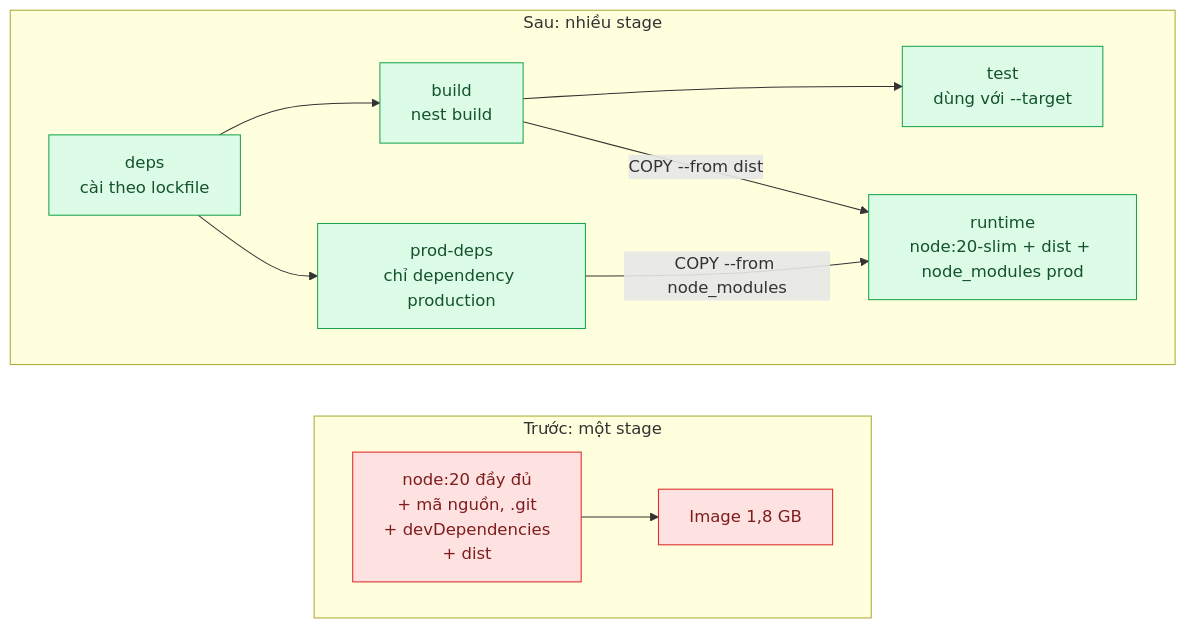
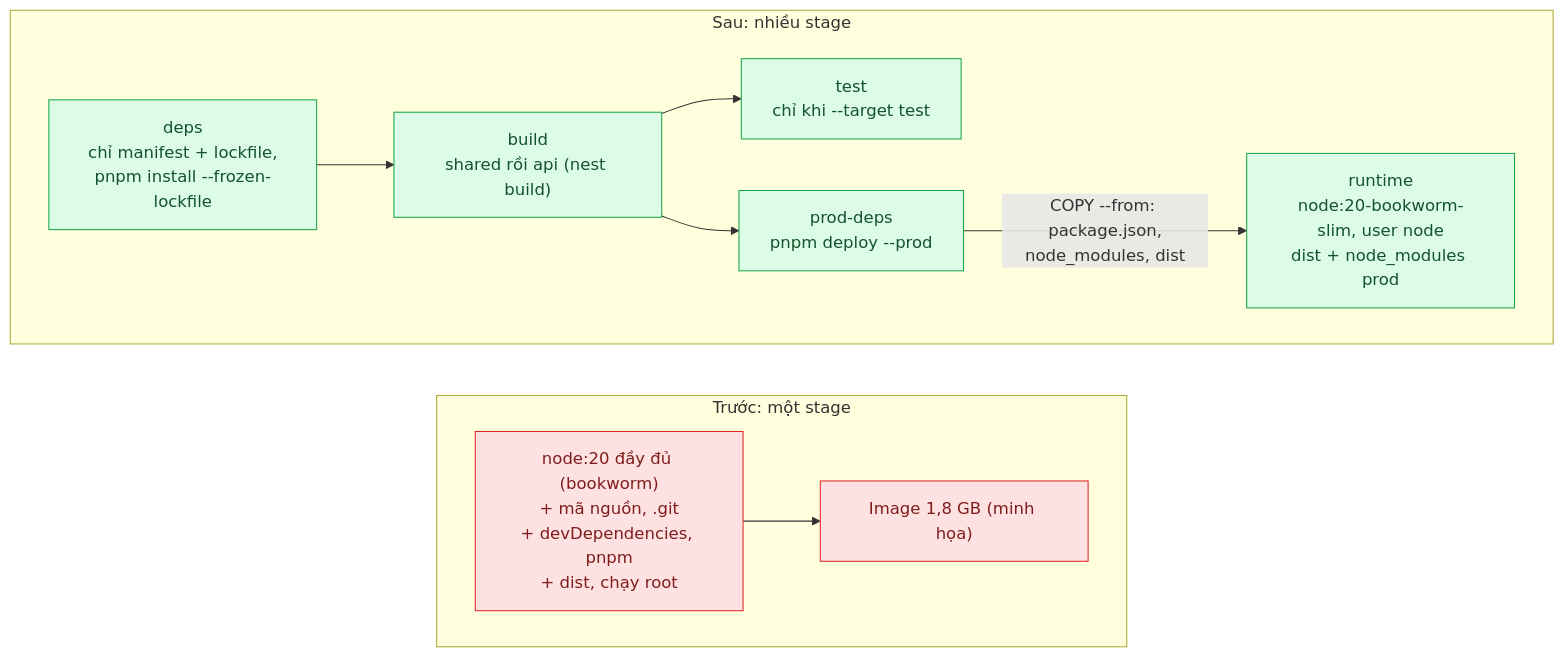
The first of 2 diagrams in 17-backend-docker/01-multi-stage-build-image-1-8gb-deploy-10-phut/README.md (nguyenquochuy2311/system-design-nestjs), drawn with Mermaid before and after one commit. The commit also changed other lines of this file and 43 other files, not shown here.

First line of the commit message:
feat(17/01): lab Multi-stage Build cho API NestJS trong monorepo pnpm, số đo thật

````diff
--- a/17-backend-docker/01-multi-stage-build-image-1-8gb-deploy-10-phut/README.md
+++ b/17-backend-docker/01-multi-stage-build-image-1-8gb-deploy-10-phut/README.md
@@ -46,26 +46,25 @@
 ```mermaid
 flowchart LR
   classDef moi fill:#DCFCE7,stroke:#16A34A,color:#14532D
   classDef cu fill:#F1F5F9,stroke:#64748B,color:#0F172A
   classDef loi fill:#FEE2E2,stroke:#DC2626,color:#7F1D1D
 
   subgraph TRUOC["Trước: một stage"]
     direction LR
-    S1["node:20 đầy đủ<br/>+ mã nguồn, .git<br/>+ devDependencies<br/>+ dist"]:::loi
-    I1["Image 1,8 GB"]:::loi
+    S1["node:20 đầy đủ (bookworm)<br/>+ mã nguồn, .git<br/>+ devDependencies, pnpm<br/>+ dist, chạy root"]:::loi
+    I1["Image 1,8 GB (minh họa)"]:::loi
     S1 --> I1
   end
 
   subgraph SAU["Sau: nhiều stage"]
     direction LR
-    D["deps<br/>cài theo lockfile"]:::moi
-    B["build<br/>nest build"]:::moi
-    T["test<br/>dùng với --target"]:::moi
-    P["prod-deps<br/>chỉ dependency production"]:::moi
-    R["runtime<br/>node:20-slim + dist + node_modules prod"]:::moi
+    D["deps<br/>chỉ manifest + lockfile,<br/>pnpm install --frozen-lockfile"]:::moi
+    B["build<br/>shared rồi api (nest build)"]:::moi
+    T["test<br/>chỉ khi --target test"]:::moi
+    P["prod-deps<br/>pnpm deploy --prod"]:::moi
+    R["runtime<br/>node:20-bookworm-slim, user node<br/>dist + node_modules prod"]:::moi
     D --> B --> T
-    D --> P
-    B -->|"COPY --from dist"| R
-    P -->|"COPY --from node_modules"| R
+    B --> P
+    P -->|"COPY --from: package.json,<br/>node_modules, dist"| R
   end
 ```
````
